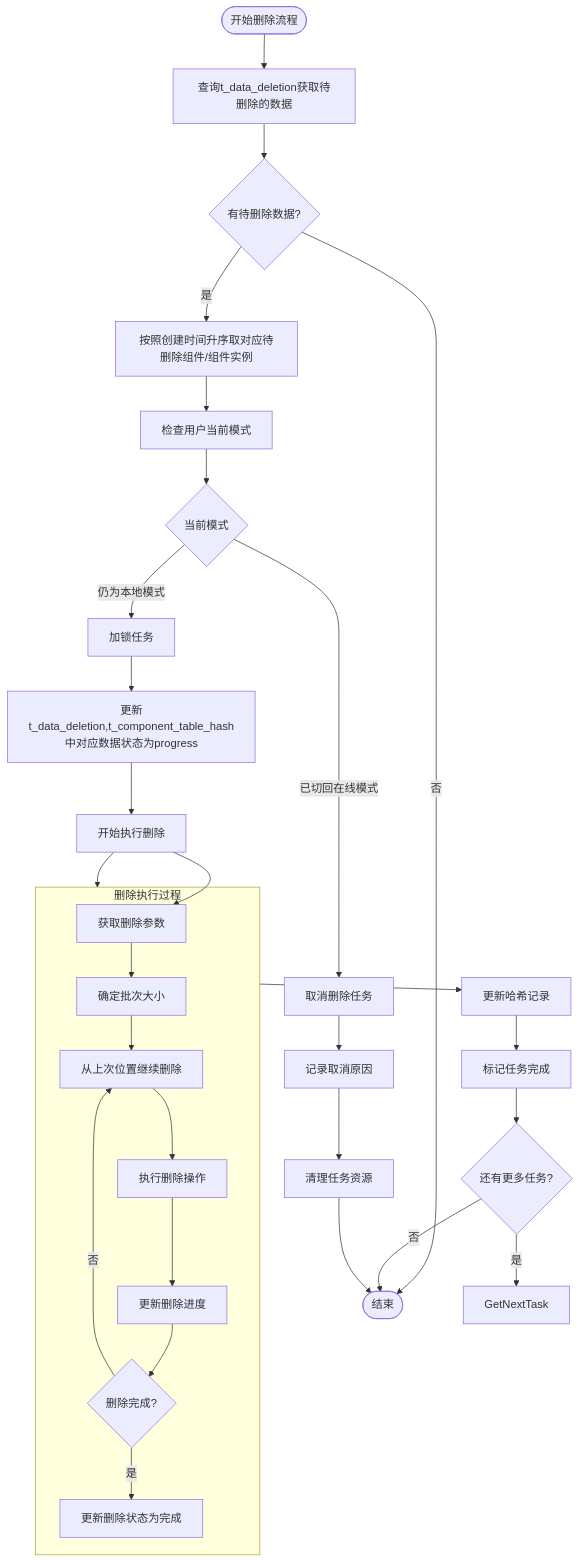
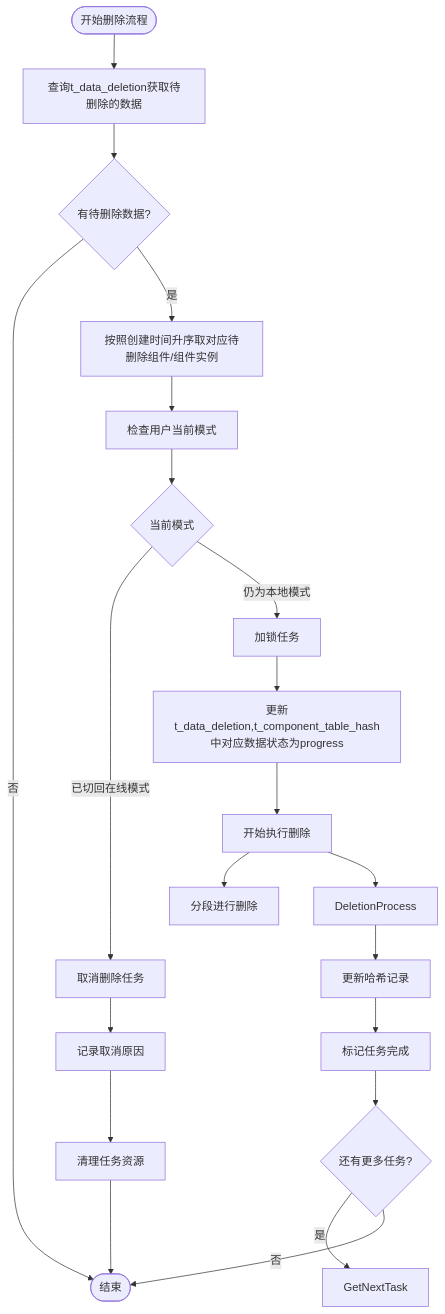
One commit to yingjianzh/iodraw-files changed the diagram in all/未命名-51.md. Above: the diagram before and after it, drawn with Mermaid.

Commit message:
2025-05-08 15:30:50 update

````diff
--- a/all/未命名-51.md
+++ b/all/未命名-51.md
@@ -1,42 +1,34 @@
 ```mermaid
 flowchart TD
     Start([开始删除流程]) --> FetchTasks[查询t_data_deletion获取待删除的数据]
     FetchTasks --> HasTasks{有待删除数据?}
     
     HasTasks -->|否| End([结束])
     HasTasks -->|是| PrioritizeTasks[按照创建时间升序取对应待删除组件/组件实例]
     
     PrioritizeTasks --> CheckUserMode[检查用户当前模式]
     
     CheckUserMode --> CurrentMode{当前模式}
     CurrentMode -->|已切回在线模式| TaskCancel[取消删除任务]
     CurrentMode -->|仍为本地模式| LockTask[加锁任务]
     
     LockTask --> UpdateStatus[更新t_data_deletion,t_component_table_hash中对应数据状态为progress]
     UpdateStatus --> BeginDeletion[开始执行删除]
     
-    BeginDeletion --> A[分段]
-    subgraph DeletionProcess [删除执行过程]
-        A[获取删除参数] --> B[确定批次大小]
-        B --> C[从上次位置继续删除]
-        C --> D[执行删除操作]
-        D --> E[更新删除进度]
-        E --> F{删除完成?}
-        F -->|否| C
-        F -->|是| G[更新删除状态为完成]
-    end
+    BeginDeletion --> A[分段进行删除]
+    
     
     BeginDeletion --> DeletionProcess
     
     DeletionProcess --> UpdateHashRecord[更新哈希记录]
     UpdateHashRecord --> MarkCompleted[标记任务完成]
     
     TaskCancel --> LogCancellation[记录取消原因]
     LogCancellation --> CleanupTask[清理任务资源]
     
     MarkCompleted --> CheckMoreTasks{还有更多任务?}
     CheckMoreTasks -->|是| GetNextTask
     CheckMoreTasks -->|否| End
     
     CleanupTask --> End
 ```
````
